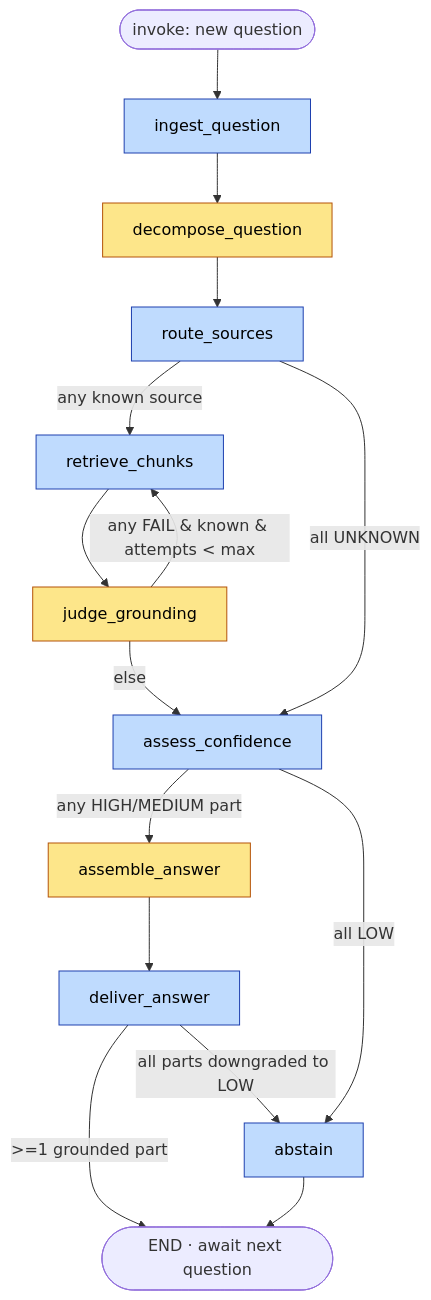
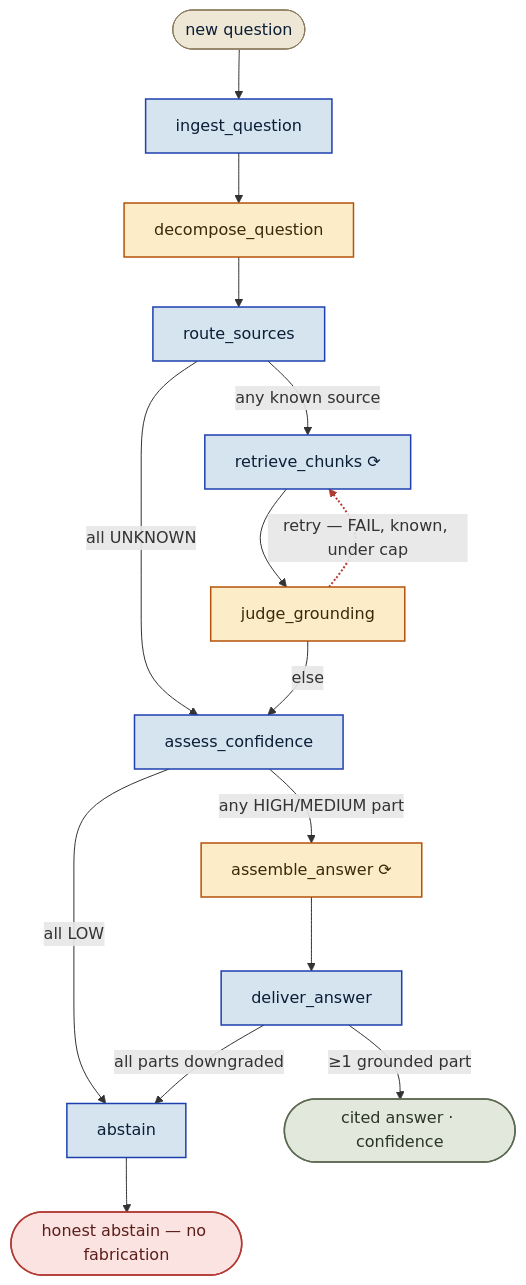
The diagram in README.md (ashwinchidambaram/floor-supervisor-rag), drawn with Mermaid before and after one commit. The commit also changed other lines of this file and 4 other files, not shown here.

First line of the commit message:
README: better architecture diagram + UI screenshots

````diff
--- a/README.md
+++ b/README.md
@@ -63,20 +81,24 @@
 ```mermaid
 flowchart TD
-  start([invoke: new question]) --> ingest_question --> decompose_question --> route_sources
-  route_sources -->|any known source| retrieve_chunks
-  route_sources -->|all UNKNOWN| assess_confidence
-  retrieve_chunks --> judge_grounding
-  judge_grounding -->|any FAIL & known & attempts < max| retrieve_chunks
-  judge_grounding -->|else| assess_confidence
-  assess_confidence -->|any HIGH/MEDIUM part| assemble_answer
-  assess_confidence -->|all LOW| abstain
-  assemble_answer --> deliver_answer
-  deliver_answer -->|>=1 grounded part| done([END · await next question])
-  deliver_answer -->|all parts downgraded to LOW| abstain
-  abstain --> done
+  Q([new question]):::io --> ING[ingest_question]:::det
+  ING --> DEC[decompose_question]:::llm
+  DEC --> RT[route_sources]:::det
+  RT -->|any known source| RET["retrieve_chunks  ⟳"]:::det
+  RT -->|all UNKNOWN| ASS[assess_confidence]:::det
+  RET --> JDG[judge_grounding]:::llm
+  JDG -. "retry — FAIL, known, under cap" .-> RET
+  JDG -->|else| ASS
+  ASS -->|any HIGH/MEDIUM part| ASM["assemble_answer  ⟳"]:::llm
+  ASS -->|all LOW| ABS[abstain]:::det
+  ASM --> DEL[deliver_answer]:::det
+  DEL -->|"≥1 grounded part"| OUT([cited answer · confidence]):::good
+  DEL -->|all parts downgraded| ABS
+  ABS --> NO([honest abstain — no fabrication]):::stop
 
-  classDef llm fill:#fde68a,stroke:#b45309,color:#000
-  classDef det fill:#bfdbfe,stroke:#1e40af,color:#000
-  class decompose_question,judge_grounding,assemble_answer llm
-  class ingest_question,route_sources,retrieve_chunks,assess_confidence,deliver_answer,abstain det
+  classDef llm  fill:#FDECC8,stroke:#B45309,color:#3A2A0A,stroke-width:1.5px;
+  classDef det  fill:#D6E4F0,stroke:#1E40AF,color:#0B1E36,stroke-width:1.5px;
+  classDef io   fill:#EFE7D6,stroke:#8A7A5C,color:#0B1E36;
+  classDef good fill:#E2E9DC,stroke:#5D6A53,color:#2C3327,stroke-width:1.5px;
+  classDef stop fill:#FBE3E1,stroke:#B23A34,color:#5C1E1A,stroke-width:1.5px;
+  linkStyle 6 stroke:#B23A34,stroke-width:2px;
 ```
````
